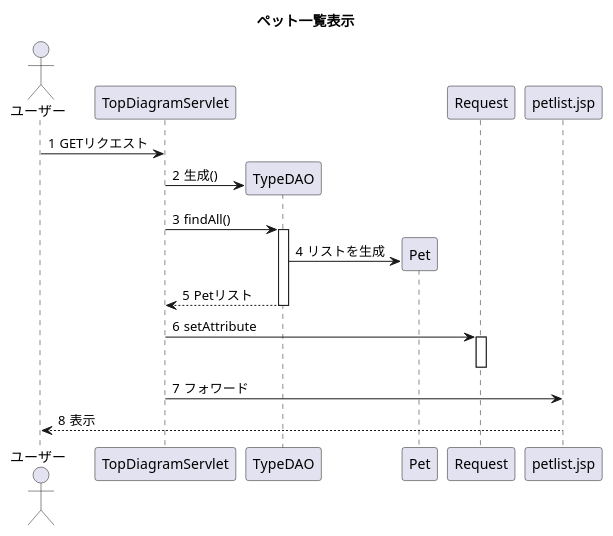
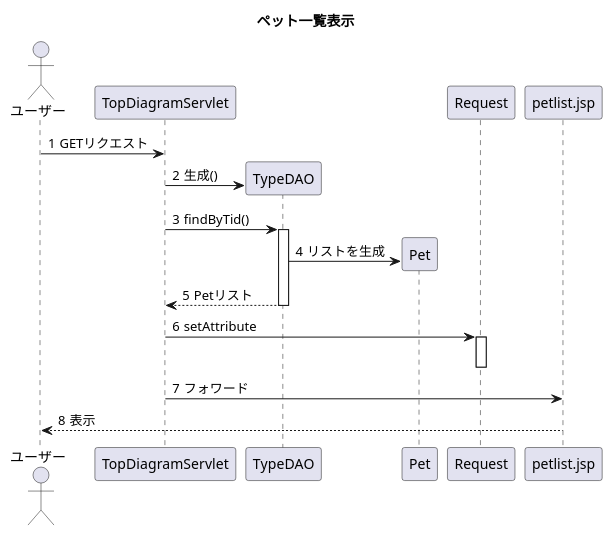
One commit to Tyamanaka07/WebSystem changed the diagram in detail.uml/seq_petList.pu. Above: the diagram before and after it, drawn with PlantUML.

Commit message:
シーケンス図修正版

```diff
--- a/detail.uml/seq_petList.pu
+++ b/detail.uml/seq_petList.pu
@@ -1,21 +1,21 @@
 @startuml
 title ペット一覧表示
 actor ユーザー
 participant TopDiagramServlet
 participant TypeDAO
 participant Pet
 participant Request
 participant petlist.jsp
 autonumber "#"
 
 ユーザー->TopDiagramServlet:GETリクエスト
 TopDiagramServlet->TypeDAO**:生成()
-TopDiagramServlet->TypeDAO++:findAll()
+TopDiagramServlet->TypeDAO++:findByTid()
 TypeDAO->Pet**:リストを生成
 TypeDAO-->TopDiagramServlet--:Petリスト
 TopDiagramServlet->Request++:setAttribute
 Request--
 TopDiagramServlet->petlist.jsp:フォワード
 petlist.jsp-->ユーザー:表示
 
 @enduml
```
